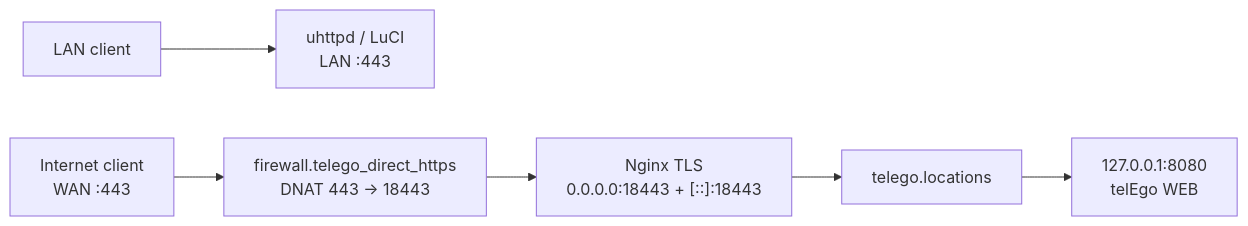
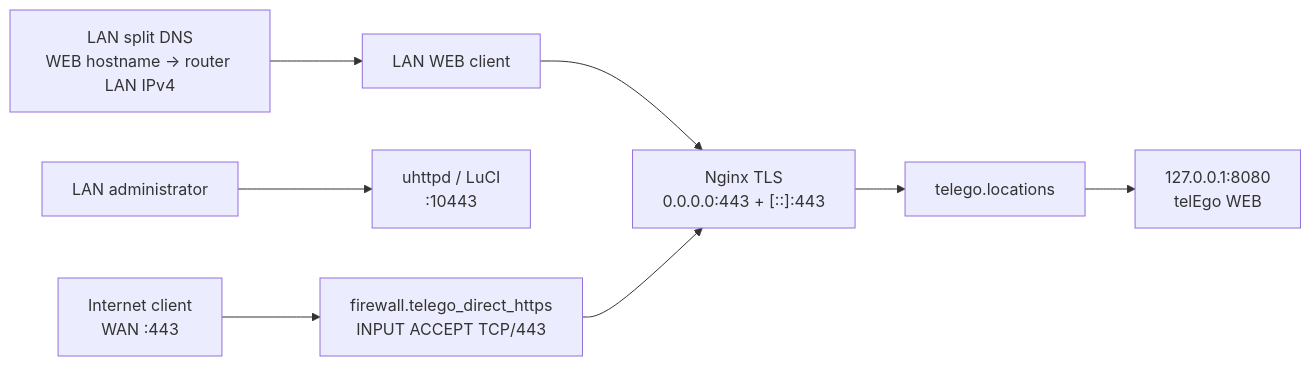
Diagram 12 of 16 in docs/ARCHITECTURE.md (Ra1nek/telEgo-openwrt), drawn with Mermaid before and after one commit. The commit also changed other lines of this file, not shown here.

Commit message:
docs: document P12.6 Direct HTTPS architecture

````diff
--- a/docs/ARCHITECTURE.md
+++ b/docs/ARCHITECTURE.md
@@ -309,8 +309,10 @@
 ```mermaid
 flowchart LR
-    LAN["LAN client"] --> U["uhttpd / LuCI<br/>LAN :443"]
-    WAN["Internet client<br/>WAN :443"] --> FW["firewall.telego_direct_https<br/>DNAT 443 → 18443"]
-    FW --> TLS["Nginx TLS<br/>0.0.0.0:18443 + [::]:18443"]
+    DNS["LAN split DNS<br/>WEB hostname → router LAN IPv4"] --> LAN["LAN WEB client"]
+    LAN --> TLS["Nginx TLS<br/>0.0.0.0:443 + [::]:443"]
+    ADMIN["LAN administrator"] --> U["uhttpd / LuCI<br/>:10443"]
+    WAN["Internet client<br/>WAN :443"] --> FW["firewall.telego_direct_https<br/>INPUT ACCEPT TCP/443"]
+    FW --> TLS
     TLS --> LOC["telego.locations"]
     LOC --> WEB["127.0.0.1:8080<br/>telEgo WEB"]
 ```
````
